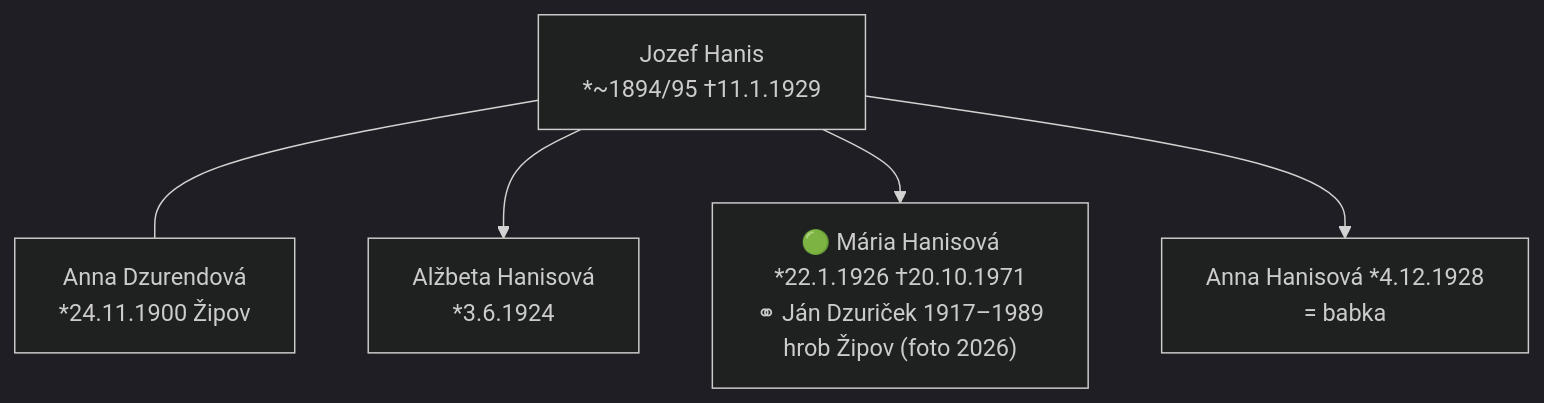
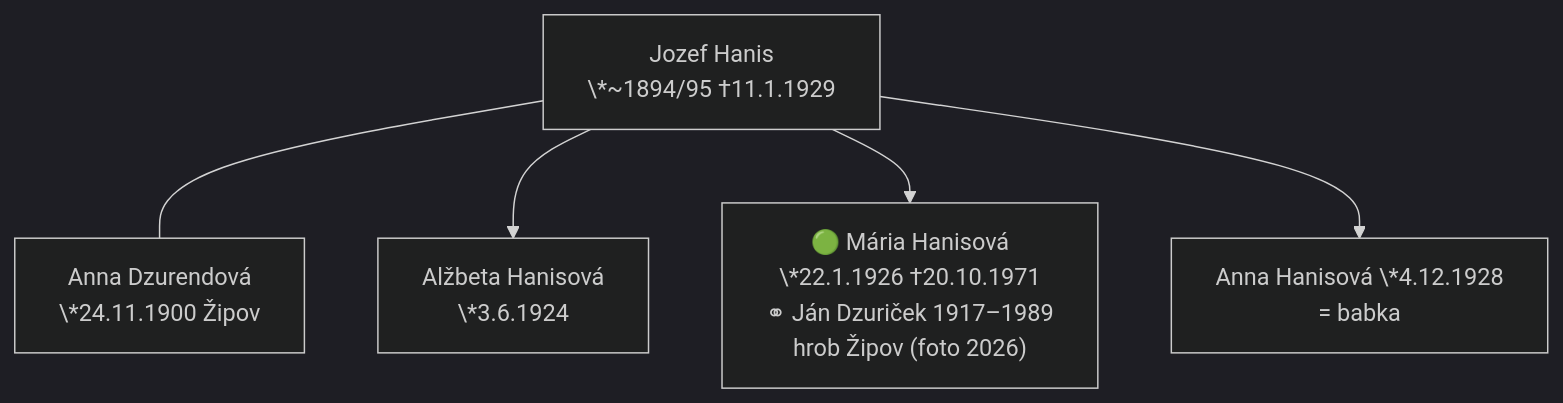
Before and after one commit to vrusi/genealogia: the sixth of 6 diagrams in docs/rodokmen.md, drawn with Mermaid (dark theme). The commit also changed other lines of this file and 17 other files, not shown here.

````diff
--- a/docs/rodokmen.md
+++ b/docs/rodokmen.md
@@ -173,7 +173,7 @@
 ```mermaid
 graph TD
-  HanO["Jozef Hanis<br>*~1894/95 †11.1.1929"] --- HanA["Anna Dzurendová<br>*24.11.1900 Žipov"]
-  HanO --> A24["Alžbeta Hanisová<br>*3.6.1924"]
-  HanO --> M26["🟢 Mária Hanisová<br>*22.1.1926 †20.10.1971<br>⚭ Ján Dzuriček 1917–1989<br>hrob Žipov (foto 2026)"]
-  HanO --> A28["Anna Hanisová *4.12.1928<br>= babka"]
+  HanO["Jozef Hanis<br>\*~1894/95 †11.1.1929"] --- HanA["Anna Dzurendová<br>\*24.11.1900 Žipov"]
+  HanO --> A24["Alžbeta Hanisová<br>\*3.6.1924"]
+  HanO --> M26["🟢 Mária Hanisová<br>\*22.1.1926 †20.10.1971<br>⚭ Ján Dzuriček 1917–1989<br>hrob Žipov (foto 2026)"]
+  HanO --> A28["Anna Hanisová \*4.12.1928<br>= babka"]
 ```
````
